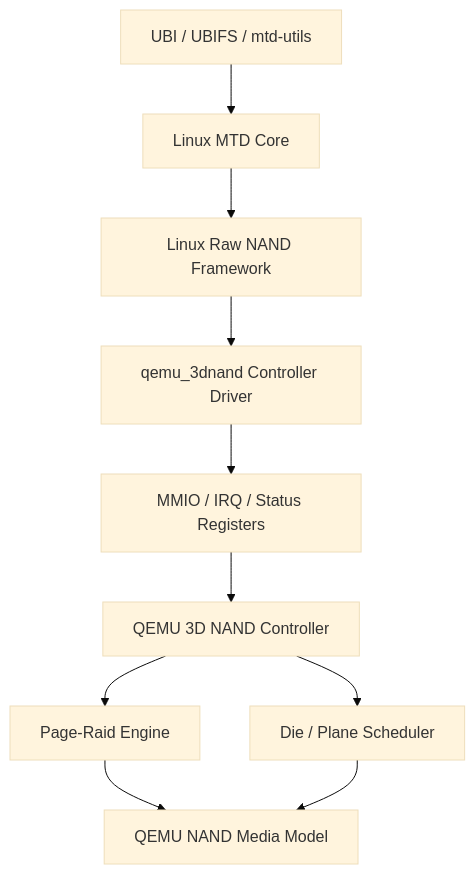
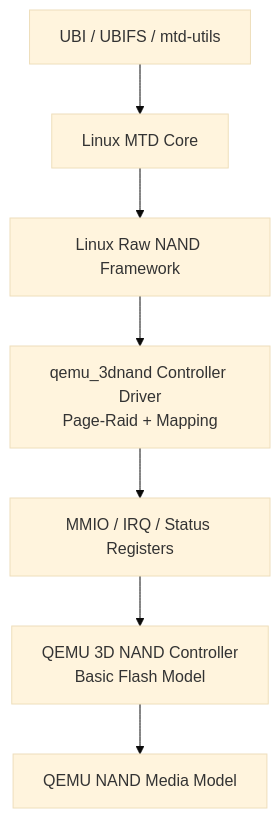
One commit to avenstar65/3dnand_test changed the first of 26 diagrams in docs/qemu-3dnand-address-mapping.md. Above: the diagram before and after it, drawn with Mermaid (base theme). The commit also changed other lines of this file and 15 other files, not shown here.

Commit message:
Implement driver-owned 3D NAND page RAID

````diff
--- a/docs/qemu-3dnand-address-mapping.md
+++ b/docs/qemu-3dnand-address-mapping.md
@@ -21,22 +27,17 @@
 ```mermaid
 flowchart TB
     UBI["UBI / UBIFS / mtd-utils"]
     MTD["Linux MTD Core"]
     RAW["Linux Raw NAND Framework"]
-    DRV["qemu_3dnand Controller Driver"]
+    DRV["qemu_3dnand Controller Driver<br/>Page-Raid + Mapping"]
     MMIO["MMIO / IRQ / Status Registers"]
-    CTRL["QEMU 3D NAND Controller"]
-    RAID["Page-Raid Engine"]
-    SCH["Die / Plane Scheduler"]
+    CTRL["QEMU 3D NAND Controller<br/>Basic Flash Model"]
     MEDIA["QEMU NAND Media Model"]
 
     UBI --> MTD
     MTD --> RAW
     RAW --> DRV
     DRV --> MMIO
     MMIO --> CTRL
-    CTRL --> RAID
-    CTRL --> SCH
-    RAID --> MEDIA
-    SCH --> MEDIA
+    CTRL --> MEDIA
 ```
````
